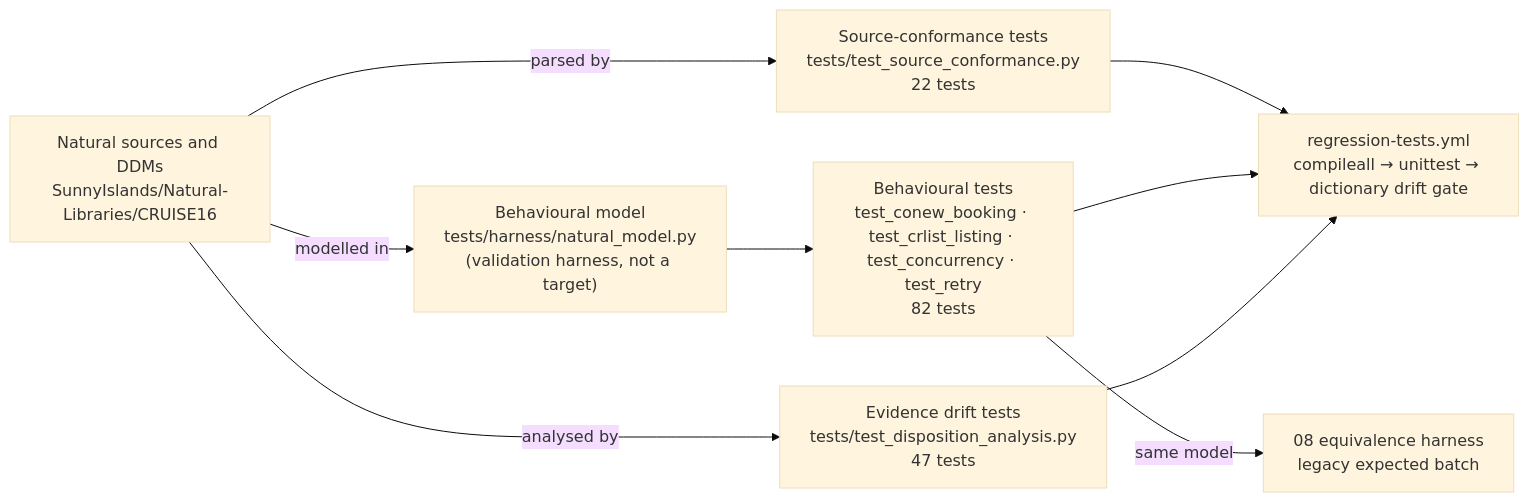
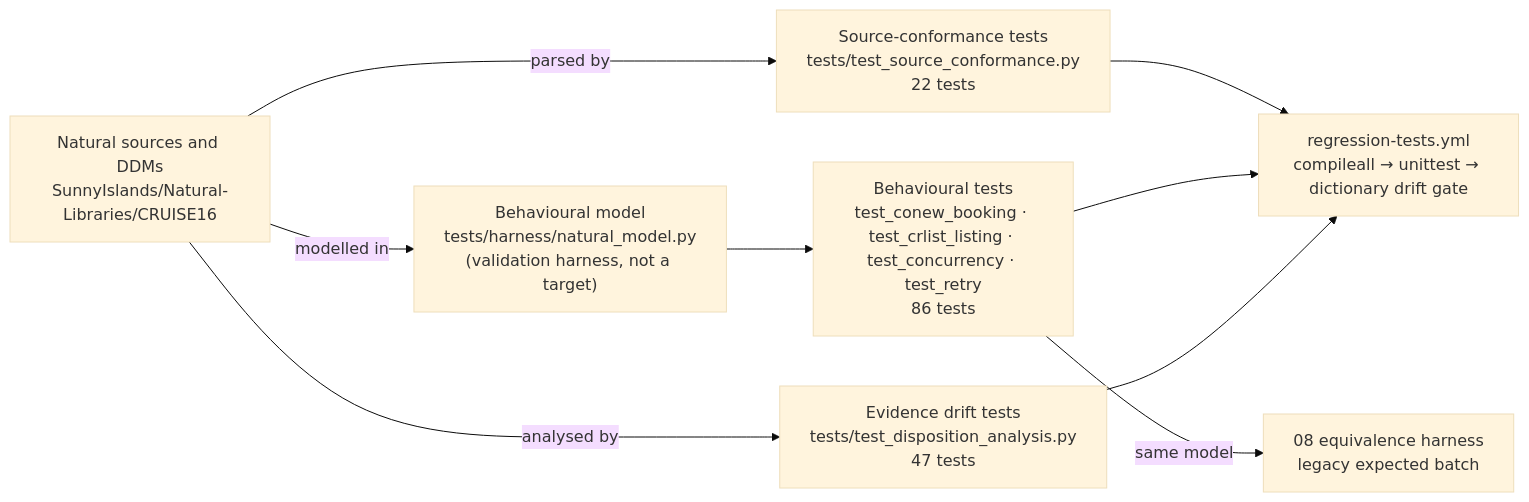
Before and after one commit to COG-GTM/ADABAS-natural-for-ajax-devops-sample-application: the diagram in fpps-hcm-modernization-deliverable/09-unit-test-regression-jcl-runcompare/test-generation-approach.md, drawn with Mermaid (base theme). The commit also changed other lines of this file and 8 other files, not shown here.

````diff
--- a/fpps-hcm-modernization-deliverable/09-unit-test-regression-jcl-runcompare/test-generation-approach.md
+++ b/fpps-hcm-modernization-deliverable/09-unit-test-regression-jcl-runcompare/test-generation-approach.md
@@ -35,9 +35,9 @@
 ```mermaid
 flowchart LR
     SRC["Natural sources and DDMs<br/>SunnyIslands/Natural-Libraries/CRUISE16"] -->|"parsed by"| CONF["Source-conformance tests<br/>tests/test_source_conformance.py<br/>22 tests"]
     SRC -->|"modelled in"| MODEL["Behavioural model<br/>tests/harness/natural_model.py<br/>(validation harness, not a target)"]
-    MODEL --> BEH["Behavioural tests<br/>test_conew_booking · test_crlist_listing · test_concurrency · test_retry<br/>82 tests"]
+    MODEL --> BEH["Behavioural tests<br/>test_conew_booking · test_crlist_listing · test_concurrency · test_retry<br/>86 tests"]
     SRC -->|"analysed by"| DISP["Evidence drift tests<br/>tests/test_disposition_analysis.py<br/>47 tests"]
     CONF & BEH & DISP --> CI["regression-tests.yml<br/>compileall → unittest → dictionary drift gate"]
     BEH -->|"same model"| EQ["08 equivalence harness<br/>legacy expected batch"]
 ```
````
